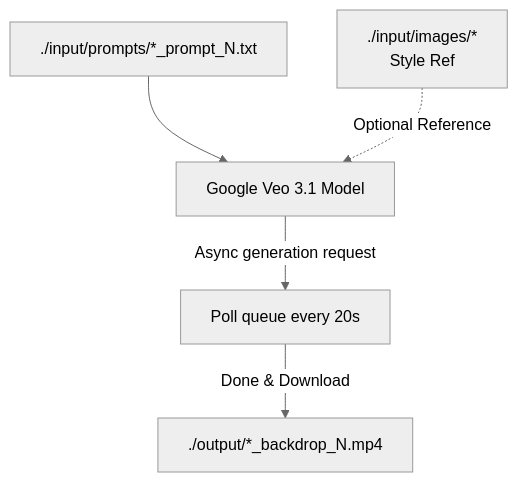
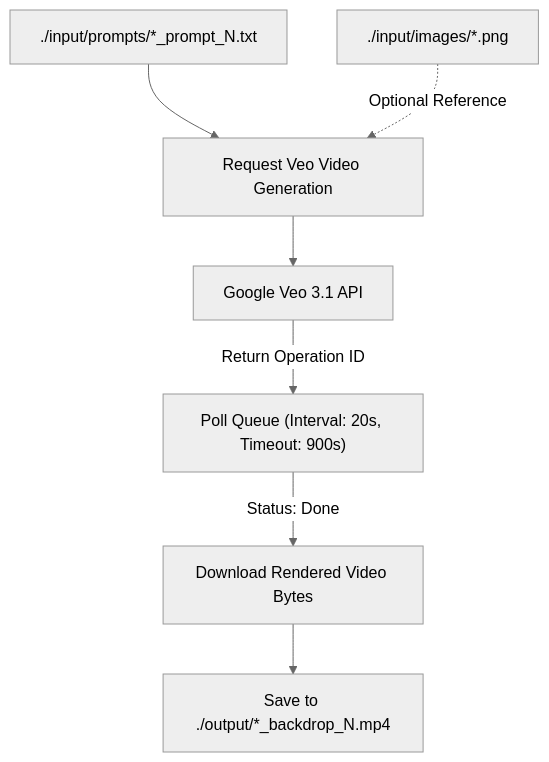
One commit to electronicnomad/stage-backdrops changed the fifth of 6 diagrams in ARCHITECTURE.md. Above: the diagram before and after it, drawn with Mermaid. The commit also changed other lines of this file, not shown here.

Commit message:
docs: update ARCHITECTURE.md to bilingual Korean/English specification

````diff
--- a/ARCHITECTURE.md
+++ b/ARCHITECTURE.md
@@ -135,8 +164,10 @@
 ```mermaid
 %%{init: {'theme': 'neutral'}}%%
 flowchart TD
-    PROMPT["./input/prompts/*_prompt_N.txt"] --> VEO["Google Veo 3.1 Model"]
-    IMG_REF["./input/images/*<br>Style Ref"] -.Optional Reference.-> VEO
-    VEO -->|Async generation request| LRO["Poll queue every 20s"]
-    LRO -->|Done & Download| OUT["./output/*_backdrop_N.mp4"]
+    PROMPT["./input/prompts/*_prompt_N.txt"] --> REQ["Request Veo Video Generation"]
+    IMG_REF["./input/images/*.png"] -. Optional Reference .-> REQ
+    REQ --> VEO_API["Google Veo 3.1 API"]
+    VEO_API -->|Return Operation ID| POLL["Poll Queue (Interval: 20s, Timeout: 900s)"]
+    POLL -->|Status: Done| DOWNLOAD["Download Rendered Video Bytes"]
+    DOWNLOAD --> SAVE["Save to ./output/*_backdrop_N.mp4"]
 ```
````
